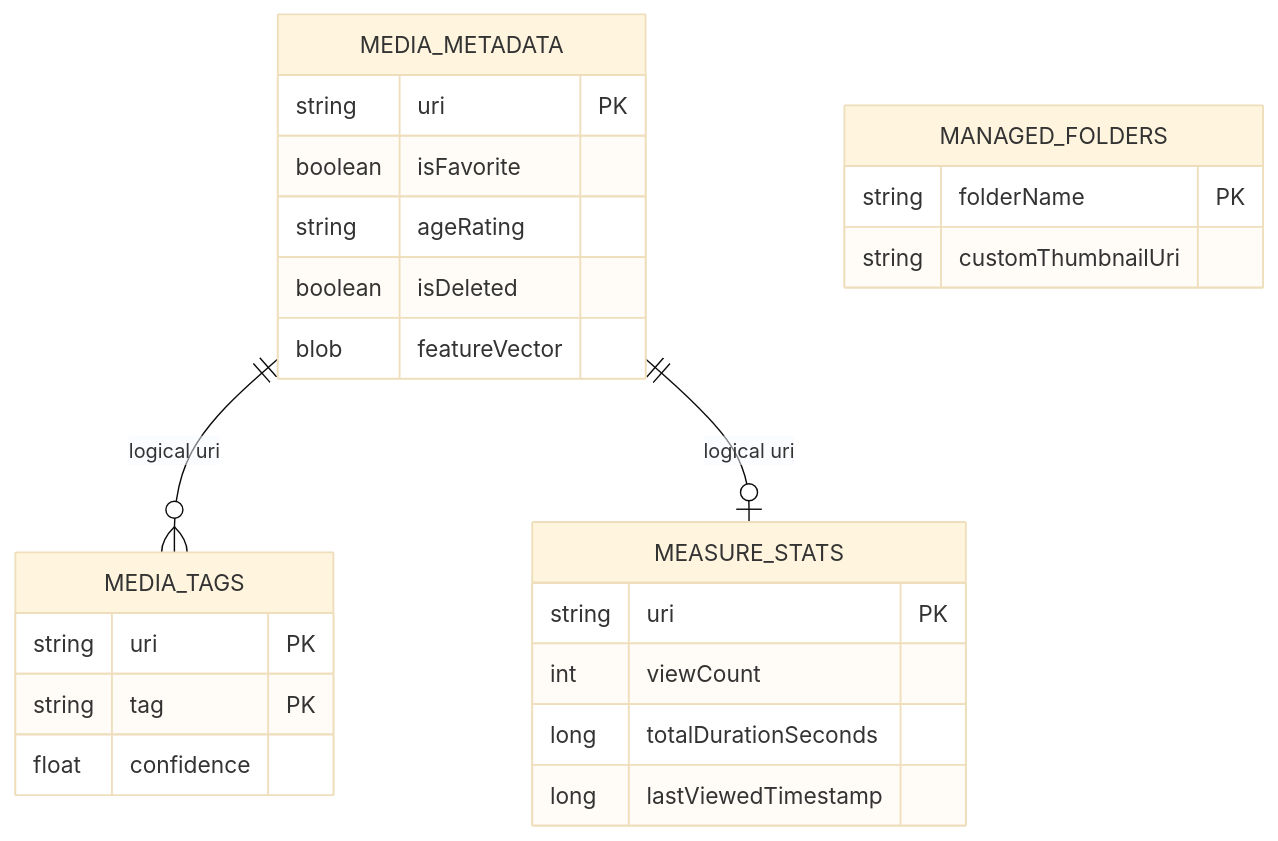
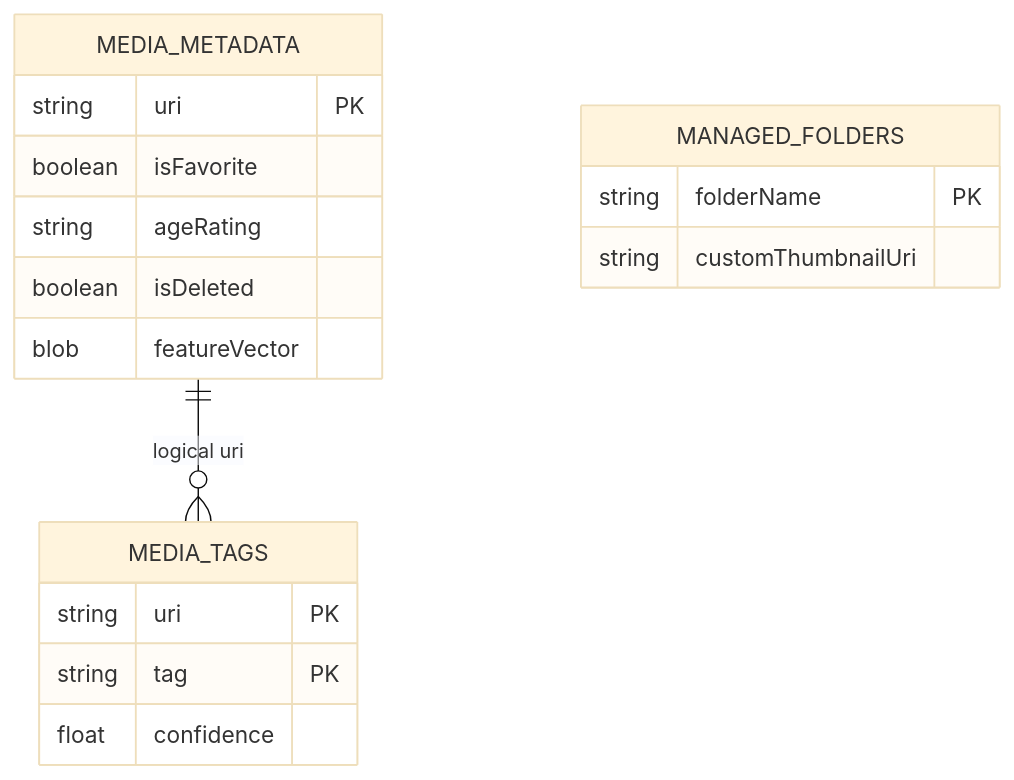
One commit to Ksan1333/Gallery changed the third of 4 diagrams in docs/detail_design/02_media_viewer.md. Above: the diagram before and after it, drawn with Mermaid (base theme). The commit also changed other lines of this file and 46 other files, not shown here.

````diff
--- a/docs/detail_design/02_media_viewer.md
+++ b/docs/detail_design/02_media_viewer.md
@@ -121,27 +121,20 @@
 ```mermaid
 erDiagram
     MEDIA_METADATA {
         string uri PK
         boolean isFavorite
         string ageRating
         boolean isDeleted
         blob featureVector
     }
     MEDIA_TAGS {
         string uri PK
         string tag PK
         float confidence
     }
-    MEASURE_STATS {
-        string uri PK
-        int viewCount
-        long totalDurationSeconds
-        long lastViewedTimestamp
-    }
     MANAGED_FOLDERS {
         string folderName PK
         string customThumbnailUri
     }
     MEDIA_METADATA ||--o{ MEDIA_TAGS : "logical uri"
-    MEDIA_METADATA ||--o| MEASURE_STATS : "logical uri"
 ```
````
